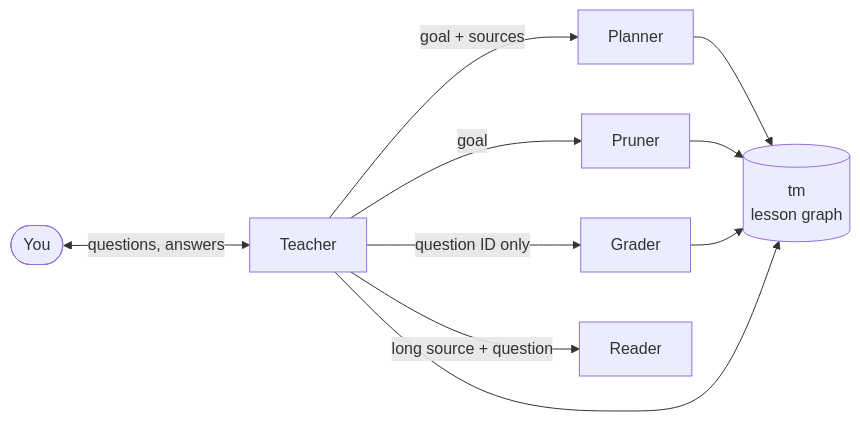
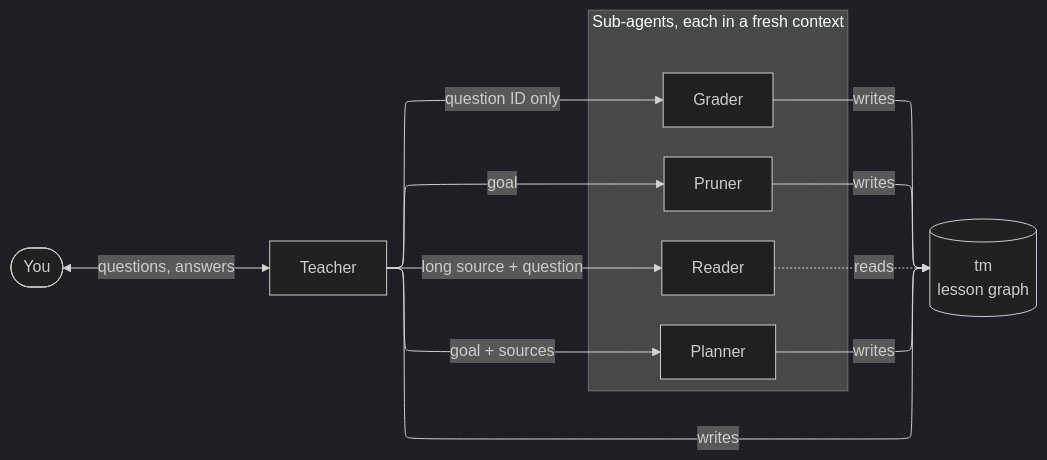
The first of 2 diagrams in README.md (Reithan/teach-me), drawn with Mermaid before and after one commit. The commit also changed other lines of this file, not shown here.

Commit message:
apply default mermaid config to README diagrams and group sub-agents

````diff
--- a/README.md
+++ b/README.md
@@ -27,9 +27,26 @@
 ```mermaid
+---
+config:
+  look: classic
+  darkMode: true
+  theme: dark
+  layout: elk
+  elk:
+    mergeEdges: true
+    nodePlacementStrategy: NETWORK_SIMPLEX
+---
 flowchart LR
     you(["You"]) <-->|questions, answers| teacher["Teacher"]
-    teacher -->|goal + sources| planner["Planner"]
-    teacher -->|goal| pruner["Pruner"]
-    teacher -->|question ID only| grader["Grader"]
-    teacher -->|long source + question| reader["Reader"]
-    planner & pruner & grader & teacher --> tm[("tm<br/>lesson graph")]
+    subgraph subagents["Sub-agents, each in a fresh context"]
+        planner["Planner"]
+        pruner["Pruner"]
+        grader["Grader"]
+        reader["Reader"]
+    end
+    teacher -->|goal + sources| planner
+    teacher -->|goal| pruner
+    teacher -->|question ID only| grader
+    teacher -->|long source + question| reader
+    teacher & planner & pruner & grader -->|writes| tm[("tm<br/>lesson graph")]
+    reader -.->|reads| tm
 ```
````
